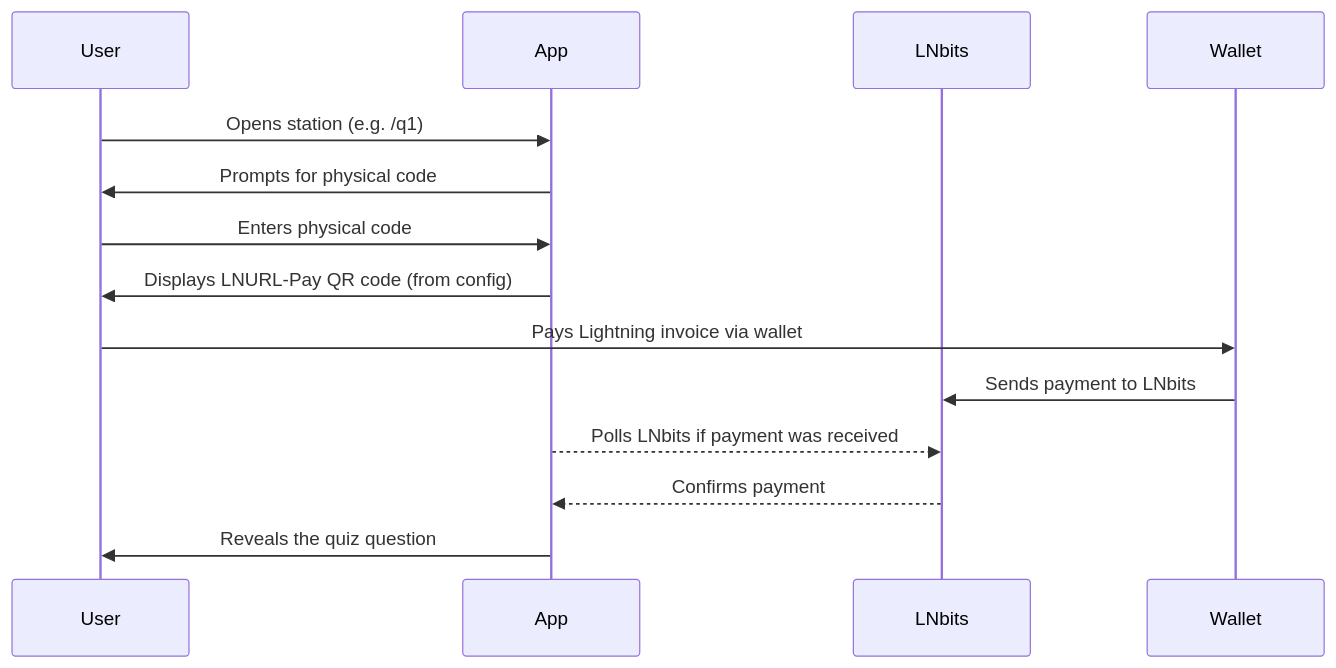
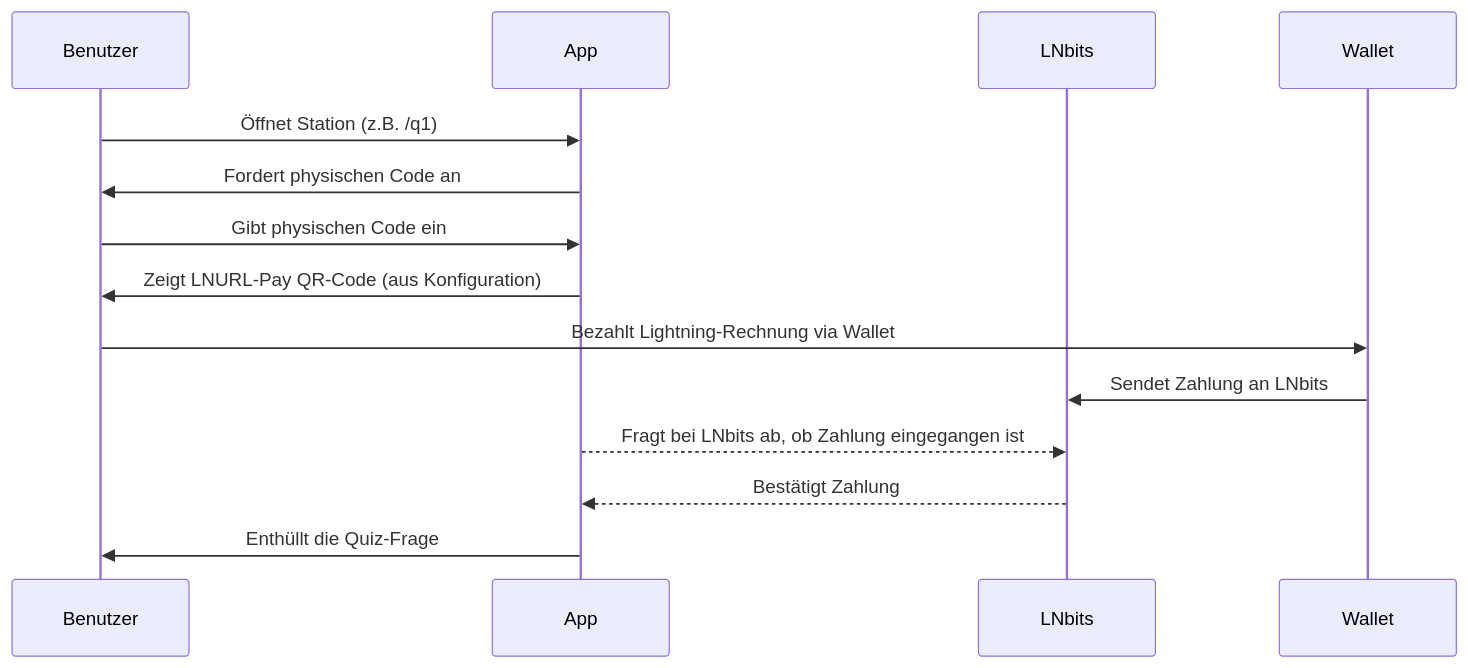
The diagram in README.md (muraschal/lnhunt), drawn with Mermaid before and after one commit. The commit also changed other lines of this file, not shown here.

````diff
--- a/README.md
+++ b/README.md
@@ -62,17 +62,17 @@
 ```mermaid
 sequenceDiagram
-    participant U as User
+    participant U as Benutzer
     participant A as App
     participant L as LNbits
     participant W as Wallet
 
-    U->>A: Opens station (e.g. /q1)
-    A->>U: Prompts for physical code
-    U->>A: Enters physical code
-    A->>U: Displays LNURL-Pay QR code (from config)
-    U->>W: Pays Lightning invoice via wallet
-    W->>L: Sends payment to LNbits
-    A-->>L: Polls LNbits if payment was received
-    L-->>A: Confirms payment
-    A->>U: Reveals the quiz question
+    U->>A: Öffnet Station (z.B. /q1)
+    A->>U: Fordert physischen Code an
+    U->>A: Gibt physischen Code ein
+    A->>U: Zeigt LNURL-Pay QR-Code (aus Konfiguration)
+    U->>W: Bezahlt Lightning-Rechnung via Wallet
+    W->>L: Sendet Zahlung an LNbits
+    A-->>L: Fragt bei LNbits ab, ob Zahlung eingegangen ist
+    L-->>A: Bestätigt Zahlung
+    A->>U: Enthüllt die Quiz-Frage
 ```
````
